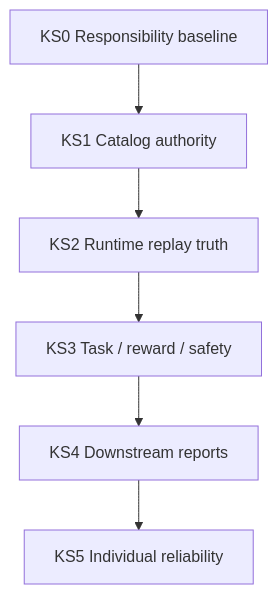
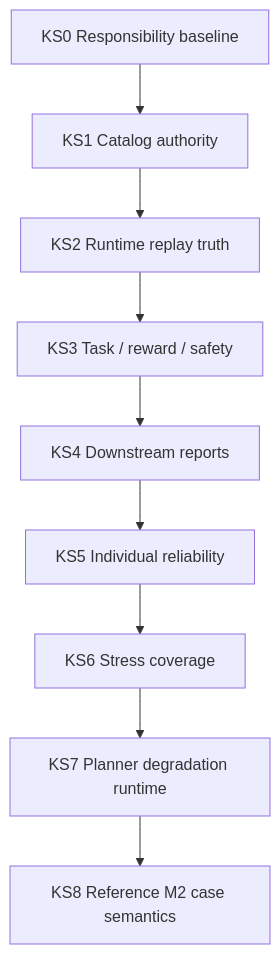
Before and after one commit to 1amageek/kuyu-scenarios: the second of 2 diagrams in RELIABILITY_MILESTONES.md, drawn with Mermaid. The commit also changed other lines of this file and 47 other files, not shown here.

````diff
--- a/RELIABILITY_MILESTONES.md
+++ b/RELIABILITY_MILESTONES.md
@@ -60,15 +67,21 @@
 ```mermaid
 flowchart TB
   KS0["KS0 Responsibility baseline"]
   KS1["KS1 Catalog authority"]
   KS2["KS2 Runtime replay truth"]
   KS3["KS3 Task / reward / safety"]
   KS4["KS4 Downstream reports"]
   KS5["KS5 Individual reliability"]
+  KS6["KS6 Stress coverage"]
+  KS7["KS7 Planner degradation runtime"]
+  KS8["KS8 Reference M2 case semantics"]
 
   KS0 --> KS1
   KS1 --> KS2
   KS2 --> KS3
   KS3 --> KS4
   KS4 --> KS5
+  KS5 --> KS6
+  KS6 --> KS7
+  KS7 --> KS8
 ```
````
